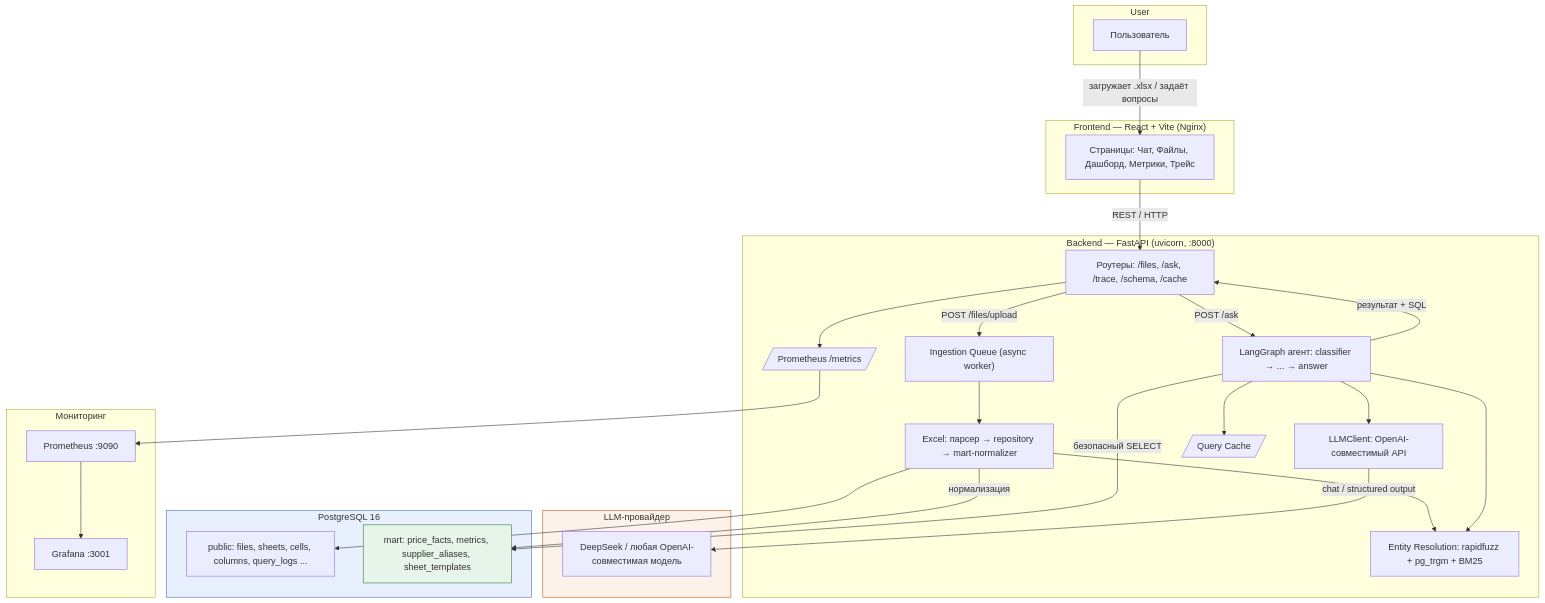
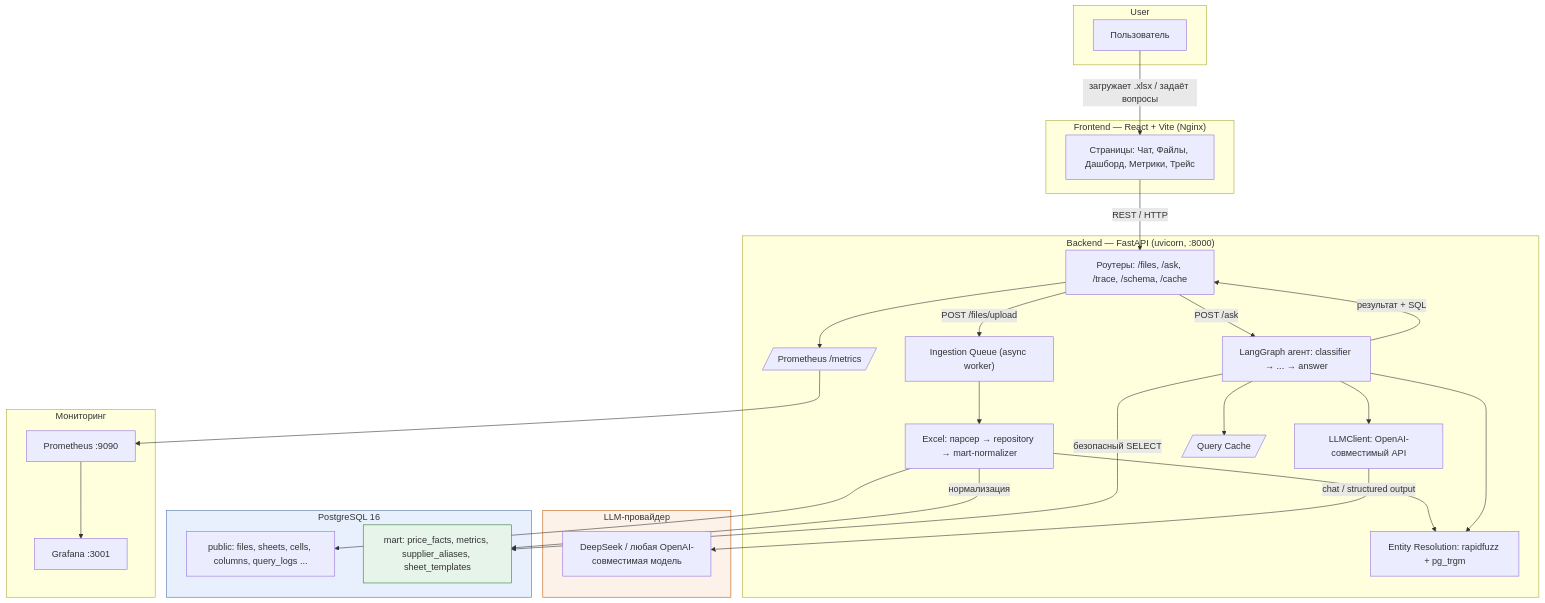
Before and after one commit to kostIT13/EVRAZ_ExcelAgent: the first of 6 diagrams in README.md, drawn with Mermaid. The commit also changed other lines of this file and 2 other files, not shown here.

````diff
--- a/README.md
+++ b/README.md
@@ -78,60 +80,60 @@
 ```mermaid
 flowchart TD
     subgraph User
         U[Пользователь]
     end
 
     subgraph Frontend ["Frontend — React + Vite (Nginx)"]
         UI[Страницы: Чат, Файлы, Дашборд, Метрики, Трейс]
     end
 
     subgraph Backend ["Backend — FastAPI (uvicorn, :8000)"]
         API[Роутеры: /files, /ask, /trace, /schema, /cache]
         ING[Excel: парсер → repository → mart-normalizer]
         QUEUE["Ingestion Queue (async worker)"]
         AGENT[LangGraph агент: classifier → ... → answer]
-        ENT[Entity Resolution: rapidfuzz + pg_trgm + BM25]
+        ENT[Entity Resolution: rapidfuzz + pg_trgm]
         LLM_CLI[LLMClient: OpenAI-совместимый API]
         CACHE[/Query Cache/]
         METRICS[/Prometheus /metrics/]
     end
 
     subgraph LLM ["LLM-провайдер"]
         MODEL[DeepSeek / любая OpenAI-совместимая модель]
     end
 
     subgraph DB ["PostgreSQL 16"]
         PUBLIC["public: files, sheets, cells, columns, query_logs ..."]
         MART["mart: price_facts, metrics, supplier_aliases, sheet_templates"]
     end
 
     subgraph Ops ["Мониторинг"]
         PROM[Prometheus :9090]
         GRAF[Grafana :3001]
     end
 
     U -->|загружает .xlsx / задаёт вопросы| UI
     UI -->|REST / HTTP| API
 
     API -->|POST /files/upload| QUEUE
     QUEUE --> ING
     ING --> PUBLIC
     ING -->|нормализация| MART
     ING --> ENT
 
     API -->|POST /ask| AGENT
     AGENT --> LLM_CLI
     LLM_CLI -->|chat / structured output| MODEL
     AGENT -->|безопасный SELECT| MART
     AGENT --> CACHE
     AGENT --> ENT
     AGENT -->|результат + SQL| API
 
     METRICS --> PROM
     PROM --> GRAF
     API --> METRICS
 
     style DB fill:#e8f0fe,stroke:#4a6fa5
     style MART fill:#e6f4ea,stroke:#2e7d32
     style LLM fill:#fdf2e9,stroke:#c45800
 ```
````
